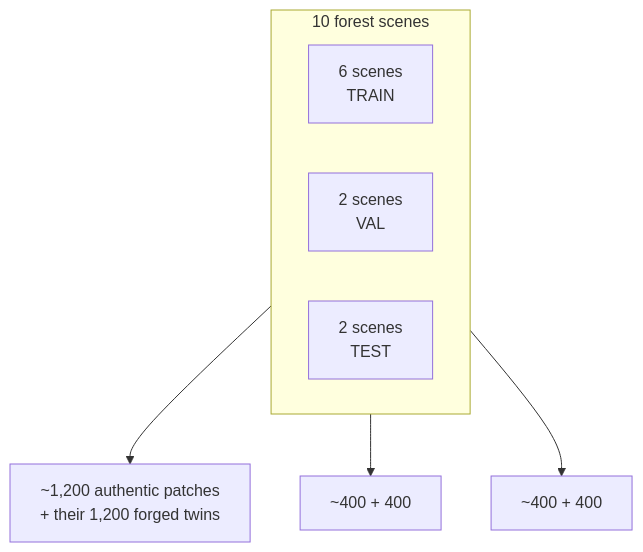
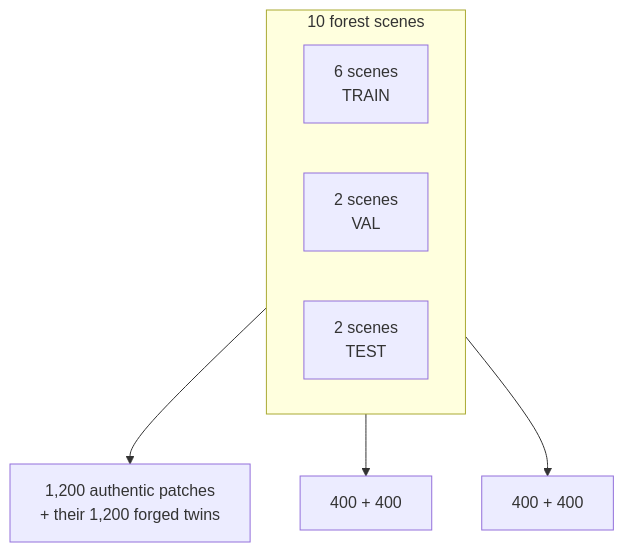
The second of 8 diagrams in docs/architecture_v0.1.md (bonlieuguillaume/aletheia), drawn with Mermaid before and after one commit. The commit also changed other lines of this file and 1 other file, not shown here.

First line of the commit message:
docs: restructure the architecture doc (segmentation then decision, formulas, all trade-offs in one place)

````diff
--- a/docs/architecture_v0.1.md
+++ b/docs/architecture_v0.1.md
@@ -54,12 +59,12 @@
 ```mermaid
 flowchart TB
     subgraph SCENES["10 forest scenes"]
         direction LR
         T["6 scenes<br/>TRAIN"]
         V["2 scenes<br/>VAL"]
         X["2 scenes<br/>TEST"]
     end
-    T --> TP["~1,200 authentic patches<br/>+ their 1,200 forged twins"]
-    V --> VP["~400 + 400"]
-    X --> XP["~400 + 400"]
+    T --> TP["1,200 authentic patches<br/>+ their 1,200 forged twins"]
+    V --> VP["400 + 400"]
+    X --> XP["400 + 400"]
 ```
````
